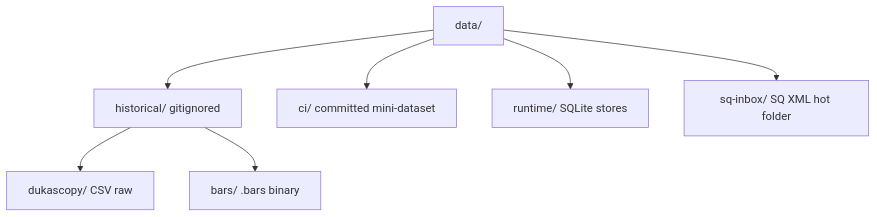
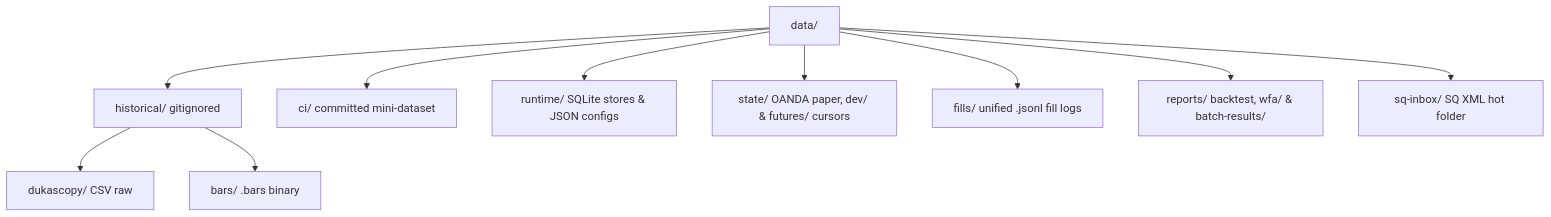
Before and after one commit to martinfou/trading-bridge: the diagram in data/README.md, drawn with Mermaid. The commit also changed 32 other files, not shown here.

Commit message:
chore: consolidate data-futures into data/ and remove legacy deploy/ & root batch-results/

````diff
--- a/data/README.md
+++ b/data/README.md
@@ -15,10 +15,13 @@
 ```mermaid
 flowchart TB
     DATA[data/]
     DATA --> HIST[historical/ gitignored]
     HIST --> DUK[dukascopy/ CSV raw]
     HIST --> BARS[bars/ .bars binary]
     DATA --> CI[ci/ committed mini-dataset]
-    DATA --> RUNTIME[runtime/ SQLite stores]
+    DATA --> RUNTIME[runtime/ SQLite stores & JSON configs]
+    DATA --> STATE[state/ OANDA paper, dev/ & futures/ cursors]
+    DATA --> FILLS[fills/ unified .jsonl fill logs]
+    DATA --> REPORTS[reports/ backtest, wfa/ & batch-results/]
     DATA --> SQINBOX[sq-inbox/ SQ XML hot folder]
 ```
````
